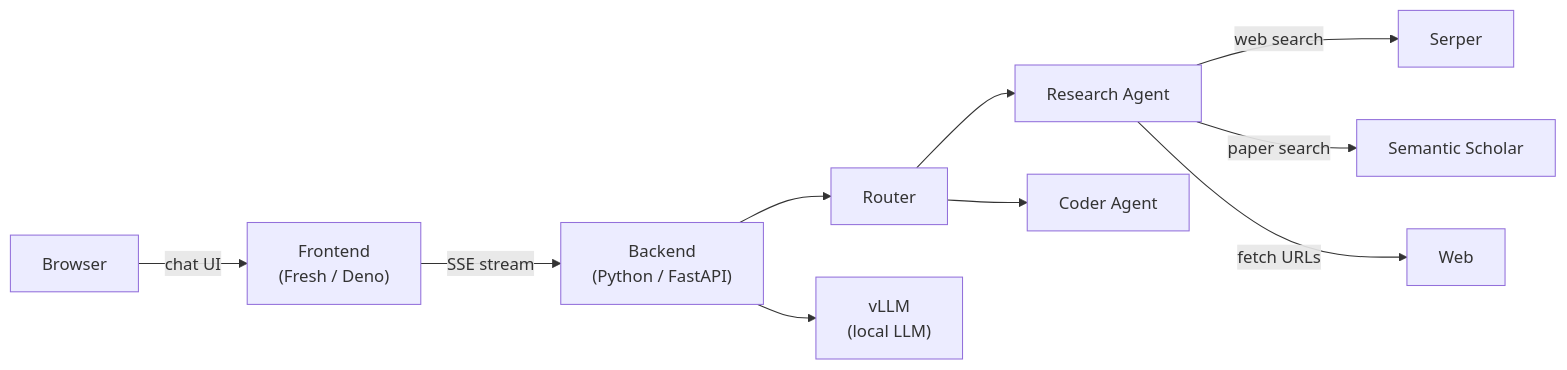
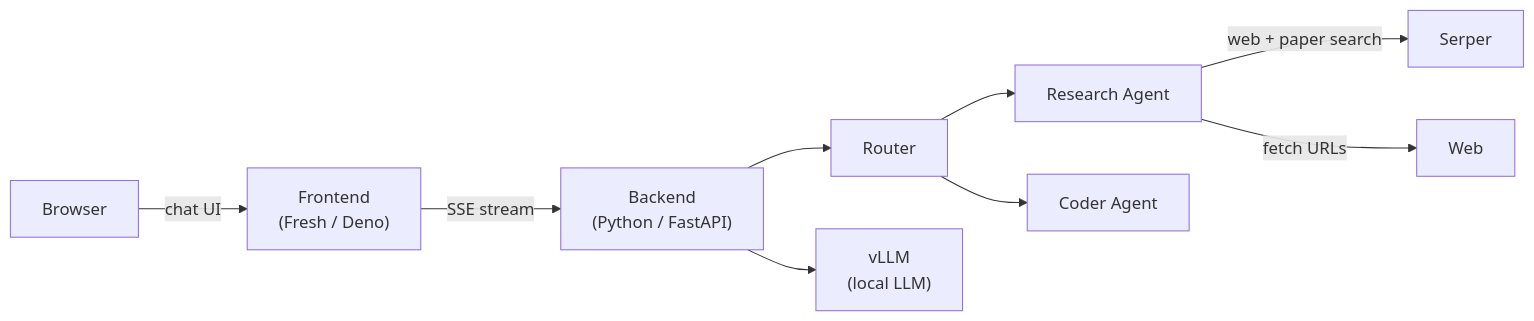
The diagram in README.md (g-eoj/librarian), drawn with Mermaid before and after one commit. The commit also changed other lines of this file, not shown here.

````diff
--- a/README.md
+++ b/README.md
@@ -19,12 +19,11 @@
 ```mermaid
 graph LR
     Browser -->|chat UI| Frontend["Frontend\n(Fresh / Deno)"]
     Frontend -->|SSE stream| Backend["Backend\n(Python / FastAPI)"]
     Backend --> Router["Router"]
     Router --> Research["Research Agent"]
     Router --> Coder["Coder Agent"]
-    Research -->|web search| Serper
-    Research -->|paper search| SemanticScholar["Semantic Scholar"]
+    Research -->|web + paper search| Serper
     Research -->|fetch URLs| Web
     Backend --> vLLM["vLLM\n(local LLM)"]
 ```
````
